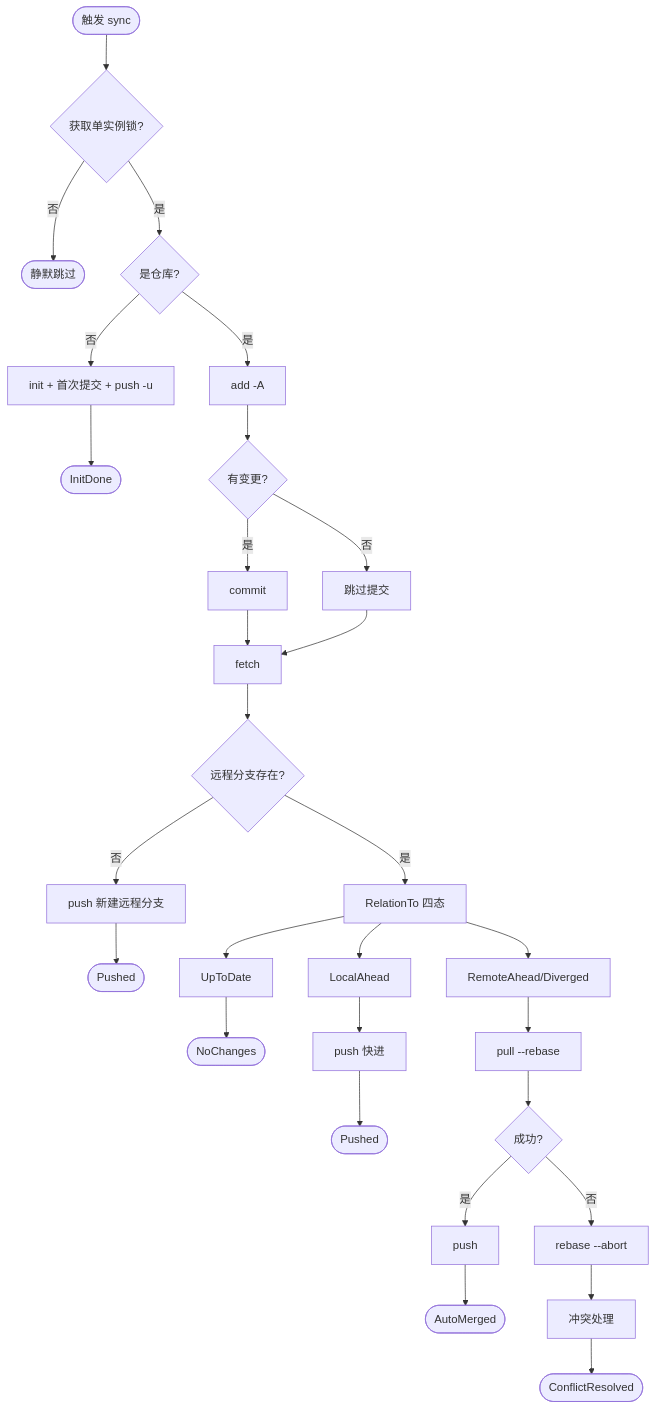
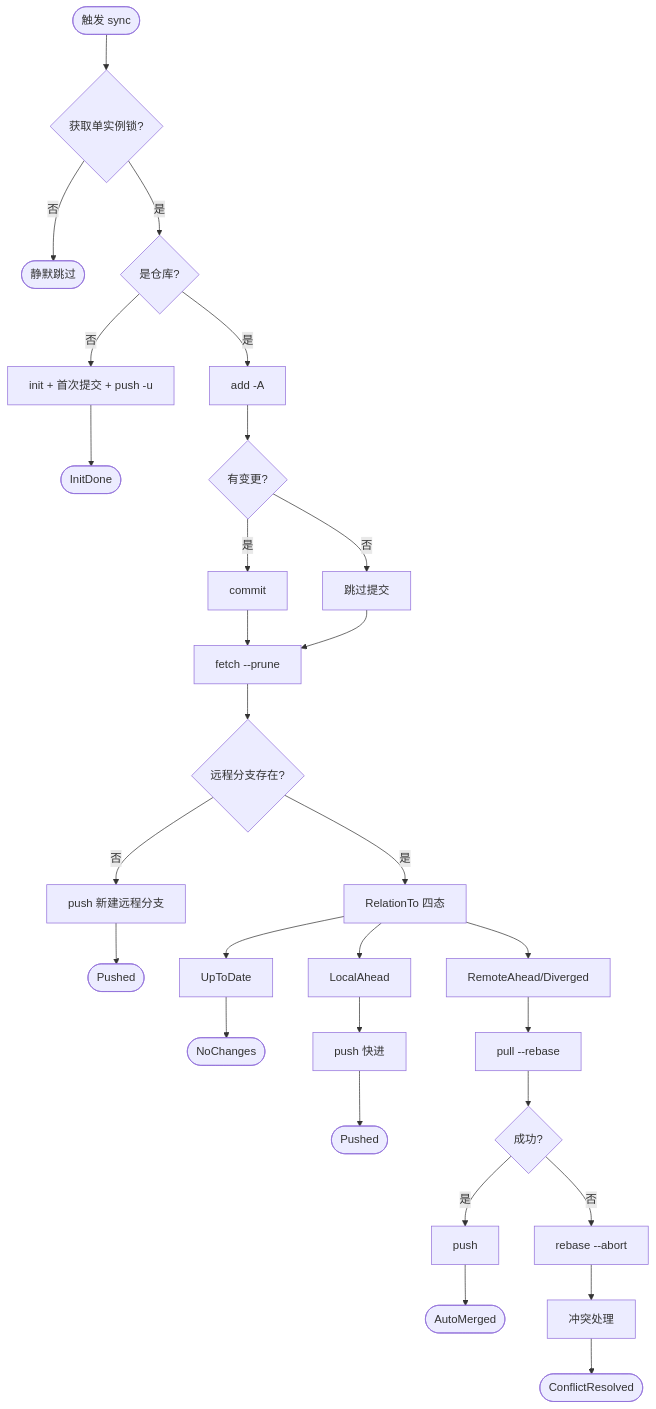
Before and after one commit to int2t05/AutoSync: the first of 4 diagrams in docs/flow.md, drawn with Mermaid. The commit also changed other lines of this file and 2 other files, not shown here.

Commit message:
fix(gitop): fetch 加 --prune 清除陈旧跟踪引用，防远程删分支后假 UpToDate
远端分支被删除或远程换仓库时，无 --prune 的 fetch 保留陈旧 refs/remotes 引用，
RemoteBranchExists/RelationTo 据此误判已是最新或远程分支存在，
实际内容差异被永久掩盖。--prune 后误报路径消除，删除的分支可被重新推送。

````diff
--- a/docs/flow.md
+++ b/docs/flow.md
@@ -7,31 +7,31 @@
 ```mermaid
 flowchart TD
   START([触发 sync]) --> LOCK{获取单实例锁?}
   LOCK -->|否| SKIP([静默跳过])
   LOCK -->|是| ISREPO{是仓库?}
   ISREPO -->|否| INIT[init + 首次提交 + push -u]
   INIT --> DONE1([InitDone])
   ISREPO -->|是| ADD[add -A]
   ADD --> CHG{有变更?}
   CHG -->|是| COMMIT[commit]
   CHG -->|否| NOCOMMIT[跳过提交]
-  COMMIT --> FETCH[fetch]
+  COMMIT --> FETCH[fetch --prune]
   NOCOMMIT --> FETCH
   FETCH --> EXIST{远程分支存在?}
   EXIST -->|否| PUSHDIRECT[push 新建远程分支]
   PUSHDIRECT --> DONE2([Pushed])
   EXIST -->|是| REL[RelationTo 四态]
   REL --> U[UpToDate]
   REL --> LA[LocalAhead]
   REL --> RA[RemoteAhead/Diverged]
   U --> DONE3([NoChanges])
   LA --> PUSHPUSH[push 快进]
   PUSHPUSH --> DONE4([Pushed])
   RA --> REBASE[pull --rebase]
   REBASE --> OK{成功?}
   OK -->|是| PUSHMERGE[push]
   PUSHMERGE --> DONE5([AutoMerged])
   OK -->|否| ABORT[rebase --abort]
   ABORT --> CONFLICT[冲突处理]
   CONFLICT --> DONE6([ConflictResolved])
 ```
````
